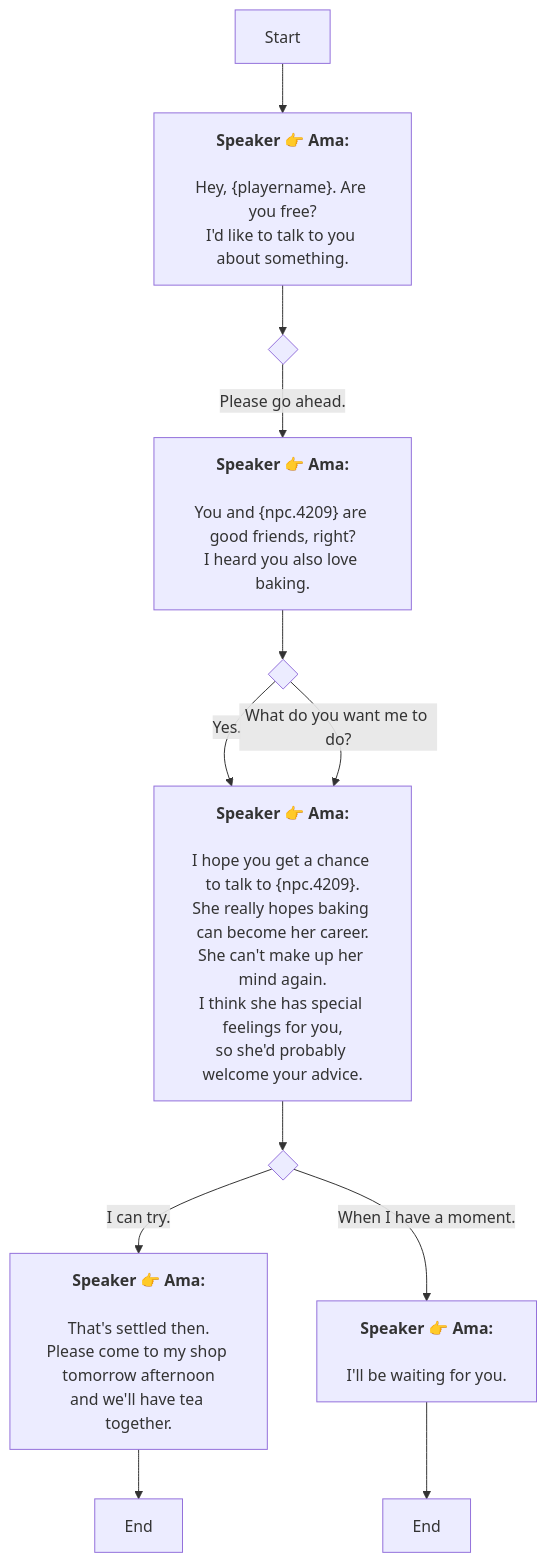
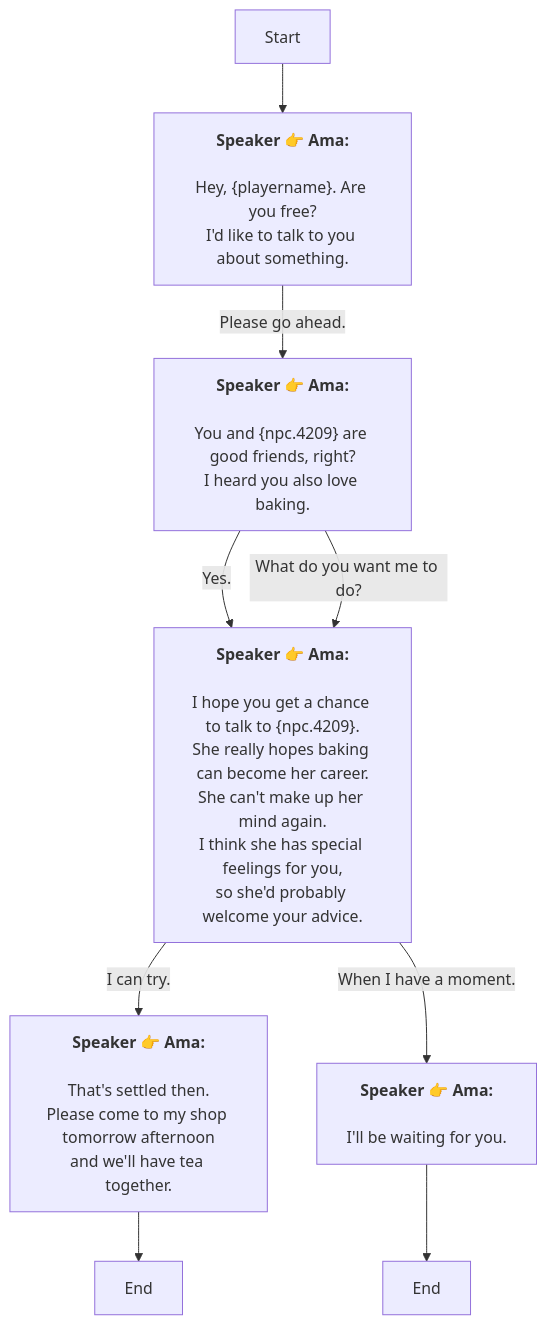
One commit to SoftHu/tos_avg changed the diagram in En/QuestStartTalkENode_1754299649006153.md. Above: the diagram before and after it, drawn with Mermaid. The commit also changed 737 other files, not shown here.

````diff
--- a/En/QuestStartTalkENode_1754299649006153.md
+++ b/En/QuestStartTalkENode_1754299649006153.md
@@ -1,39 +1,28 @@
 ```mermaid
 graph
 Start -->1754300389577294[<b>Speaker 👉 Ama:</b>
-
-Hey, &lbrace;playername&rbrace;. Are you free?
+\nHey, &lbrace;playername&rbrace;. Are you free?
 I'd like to talk to you about something.]
-1754300389577294 -->1754300404323919{ }
-1754300404323919 -->|Please go ahead.|1754300443254355[<b>Speaker 👉 Ama:</b>
-
-You and &lbrace;npc.4209&rbrace; are good friends, right?
+1754300389577294 -->|Please go ahead.|1754300443254355[<b>Speaker 👉 Ama:</b>
+\nYou and &lbrace;npc.4209&rbrace; are good friends, right?
 I heard you also love baking.]
-1754300443254355 -->1754300463846996{ }
-1754300463846996 -->|Yes.|1754300489287257[<b>Speaker 👉 Ama:</b>
-
-I hope you get a chance to talk to &lbrace;npc.4209&rbrace;.
-She really hopes baking can become her career.
-She can't make up her mind again.
+1754300443254355 -->|Yes.|1754300489287257[<b>Speaker 👉 Ama:</b>
+\nI hope you get a chance to talk to &lbrace;npc.4209&rbrace;.
+She really hopes baking can become her career.\nShe can't make up her mind again.
 I think she has special feelings for you,
 so she'd probably welcome your advice.]
-1754300463846996 -->|What do you want me to do?|1754300489287257[<b>Speaker 👉 Ama:</b>
-
-I hope you get a chance to talk to &lbrace;npc.4209&rbrace;.
-She really hopes baking can become her career.
-She can't make up her mind again.
+1754300443254355 -->|What do you want me to do?|1754300489287257[<b>Speaker 👉 Ama:</b>
+\nI hope you get a chance to talk to &lbrace;npc.4209&rbrace;.
+She really hopes baking can become her career.\nShe can't make up her mind again.
 I think she has special feelings for you,
 so she'd probably welcome your advice.]
-1754300489287257 -->1754300567494234{ }
-1754300567494234 -->|I can try.|1754300932487777[<b>Speaker 👉 Ama:</b>
-
-That's settled then.
+1754300489287257 -->|I can try.|1754300932487777[<b>Speaker 👉 Ama:</b>
+\nThat's settled then.
 Please come to my shop tomorrow afternoon
 and we'll have tea together.]
-1754300567494234 -->|When I have a moment.|1754300946867810[<b>Speaker 👉 Ama:</b>
-
-I'll be waiting for you.]
+1754300489287257 -->|When I have a moment.|1754300946867810[<b>Speaker 👉 Ama:</b>
+\nI'll be waiting for you.]
 1754300932487777 -->1754300921031264[End]
 1754300946867810 -->1754300914270815[End]
 
- ```
+```
````
